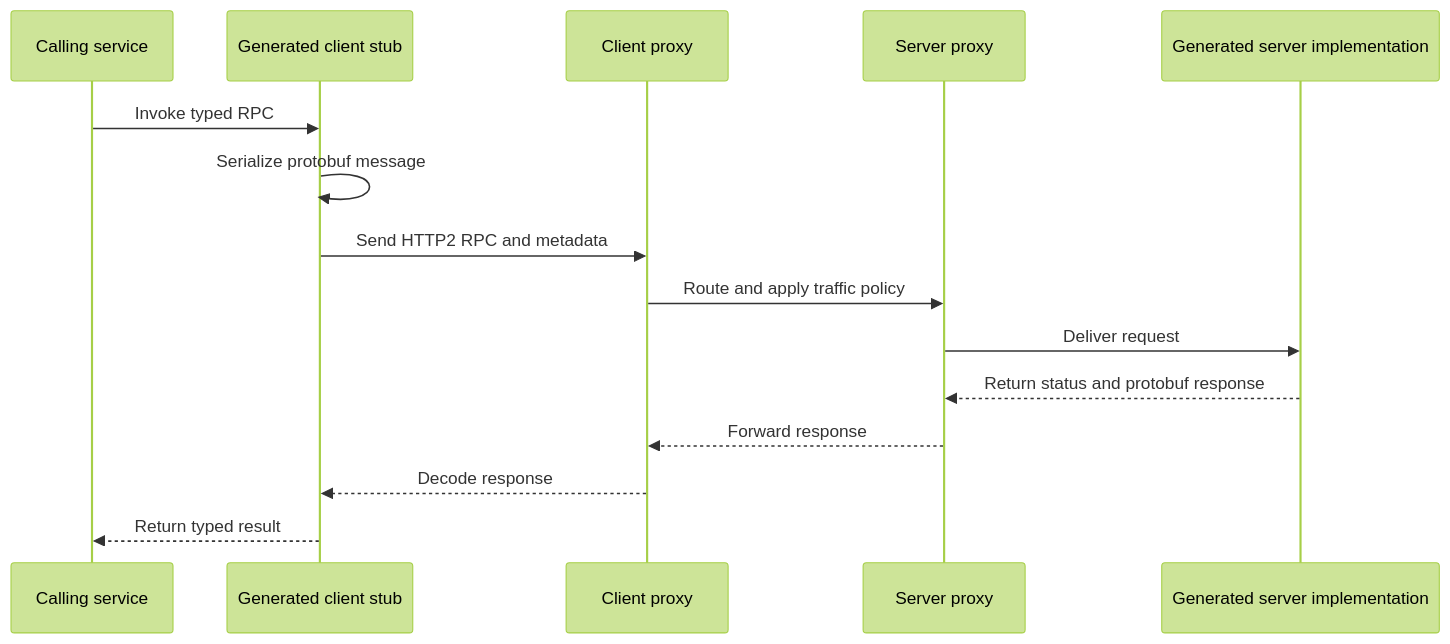
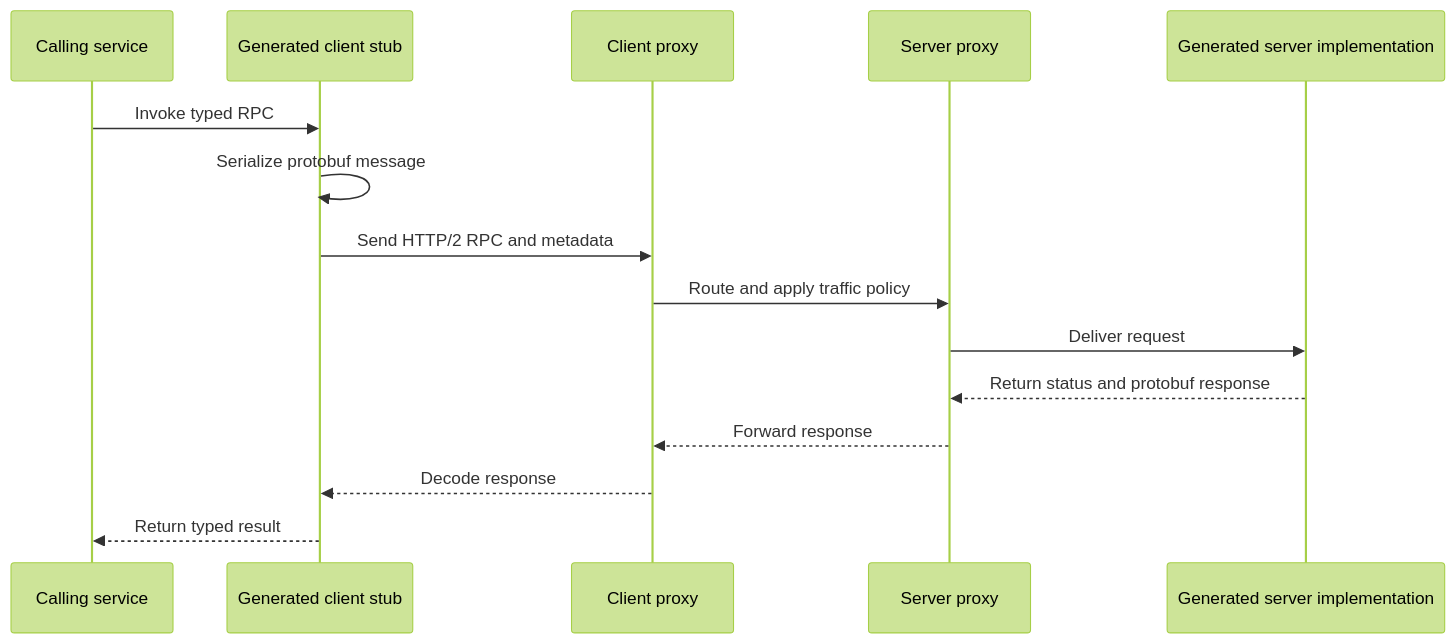
Before and after one commit to dima-koshman/skills: the first of 2 diagrams in openwiki/software-engineering/distributed-systems.md, drawn with Mermaid (forest theme). The commit also changed other lines of this file and 15 other files, not shown here.

````diff
--- a/openwiki/software-engineering/distributed-systems.md
+++ b/openwiki/software-engineering/distributed-systems.md
@@ -51,17 +52,17 @@
 ```mermaid
 sequenceDiagram
     participant Caller as Calling service
     participant Stub as Generated client stub
     participant ProxyA as Client proxy
     participant ProxyB as Server proxy
     participant Server as Generated server implementation
     Caller->>Stub: Invoke typed RPC
     Stub->>Stub: Serialize protobuf message
-    Stub->>ProxyA: Send HTTP2 RPC and metadata
+    Stub->>ProxyA: Send HTTP/2 RPC and metadata
     ProxyA->>ProxyB: Route and apply traffic policy
     ProxyB->>Server: Deliver request
     Server-->>ProxyB: Return status and protobuf response
     ProxyB-->>ProxyA: Forward response
     ProxyA-->>Stub: Decode response
     Stub-->>Caller: Return typed result
 ```
````
